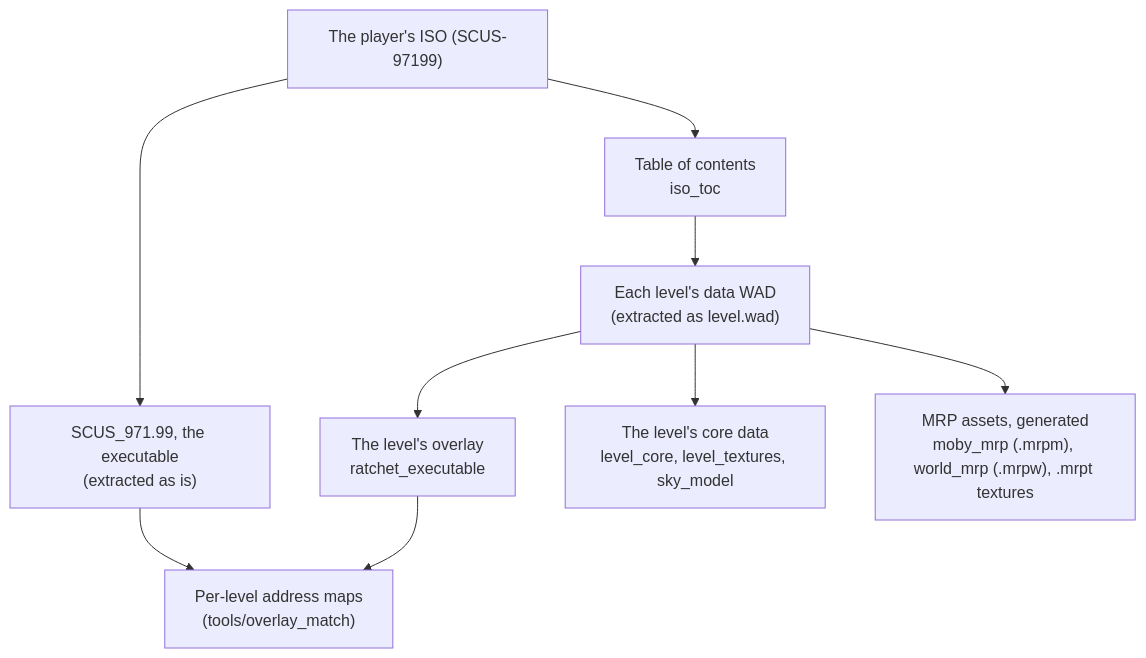
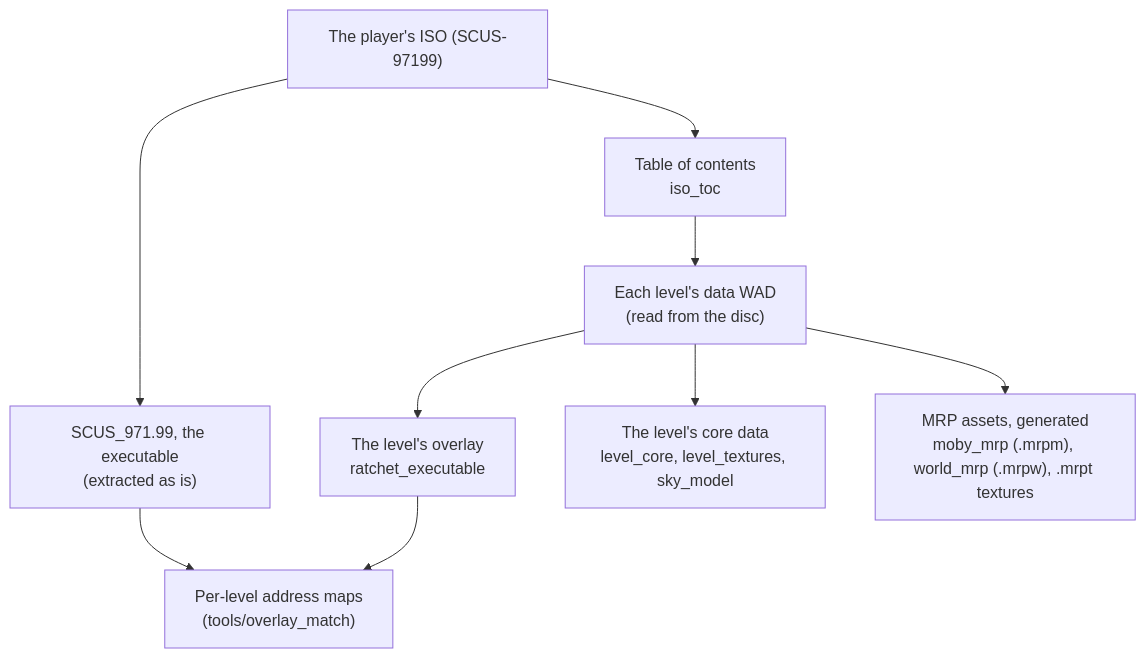
The diagram in docs/formats/README.md (Bobnotbuilder/rac1-native-game), drawn with Mermaid before and after one commit. The commit also changed other lines of this file and 12 other files, not shown here.

Commit message:
Level loading: read levelN.wad straight from the disc image, dropping extracted level.wad copies (#38)

````diff
--- a/docs/formats/README.md
+++ b/docs/formats/README.md
@@ -11,11 +11,11 @@
 ```mermaid
 flowchart TD
     ISO["The player's ISO (SCUS-97199)"] --> TOC["Table of contents<br/>iso_toc"]
     ISO --> ELF["SCUS_971.99, the executable<br/>(extracted as is)"]
-    TOC --> LW["Each level's data WAD<br/>(extracted as level.wad)"]
+    TOC --> LW["Each level's data WAD<br/>(read from the disc)"]
     LW --> OV["The level's overlay<br/>ratchet_executable"]
     LW --> CORE["The level's core data<br/>level_core, level_textures, sky_model"]
     LW --> MRP["MRP assets, generated<br/>moby_mrp (.mrpm), world_mrp (.mrpw), .mrpt textures"]
     ELF --> OM["Per-level address maps<br/>(tools/overlay_match)"]
     OV --> OM
 ```
````
